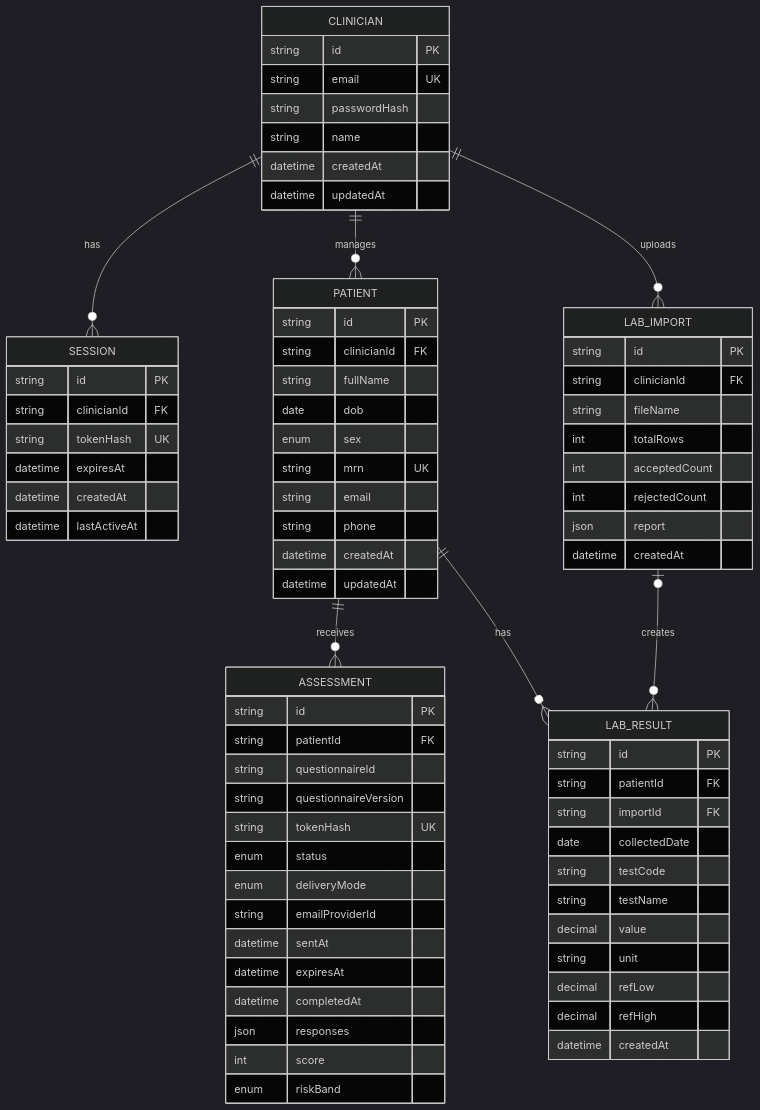
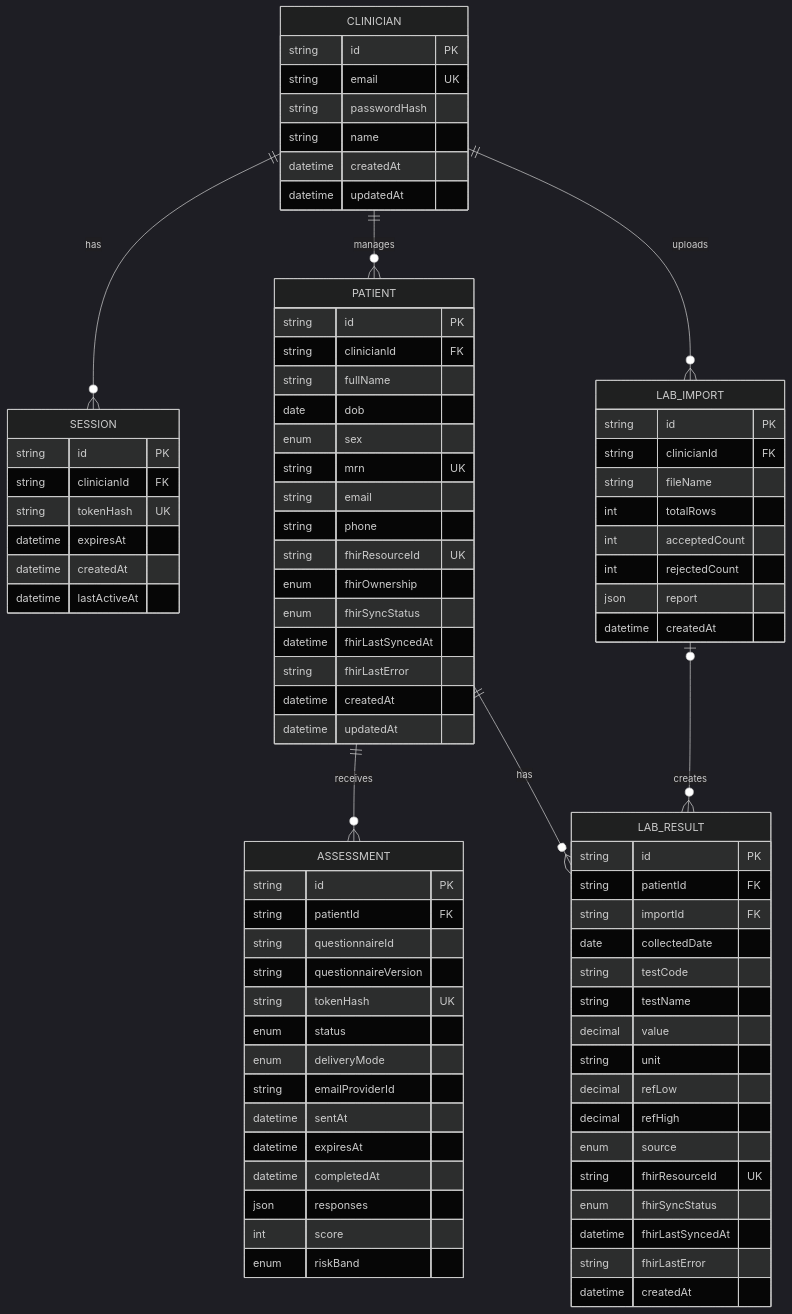
The second of 2 diagrams in README.md (MaryamHmayed/pulsetrack), drawn with Mermaid (dark theme) before and after one commit. The commit also changed other lines of this file, not shown here.

Commit message:
document FHIR integration

````diff
--- a/README.md
+++ b/README.md
@@ -263,6 +340,11 @@
         string mrn UK
         string email
         string phone
+        string fhirResourceId UK
+        enum fhirOwnership
+        enum fhirSyncStatus
+        datetime fhirLastSyncedAt
+        string fhirLastError
         datetime createdAt
         datetime updatedAt
     }
@@ -306,6 +388,11 @@
         string unit
         decimal refLow
         decimal refHigh
+        enum source
+        string fhirResourceId UK
+        enum fhirSyncStatus
+        datetime fhirLastSyncedAt
+        string fhirLastError
         datetime createdAt
     }
 ```
````
